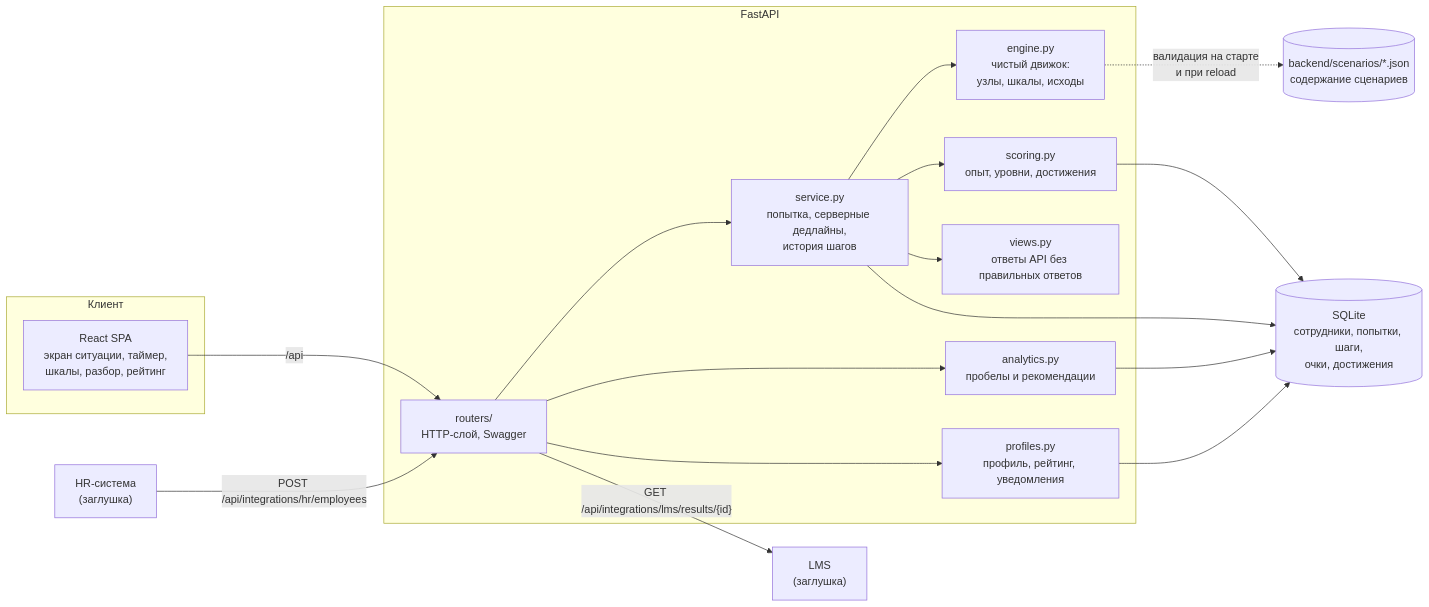
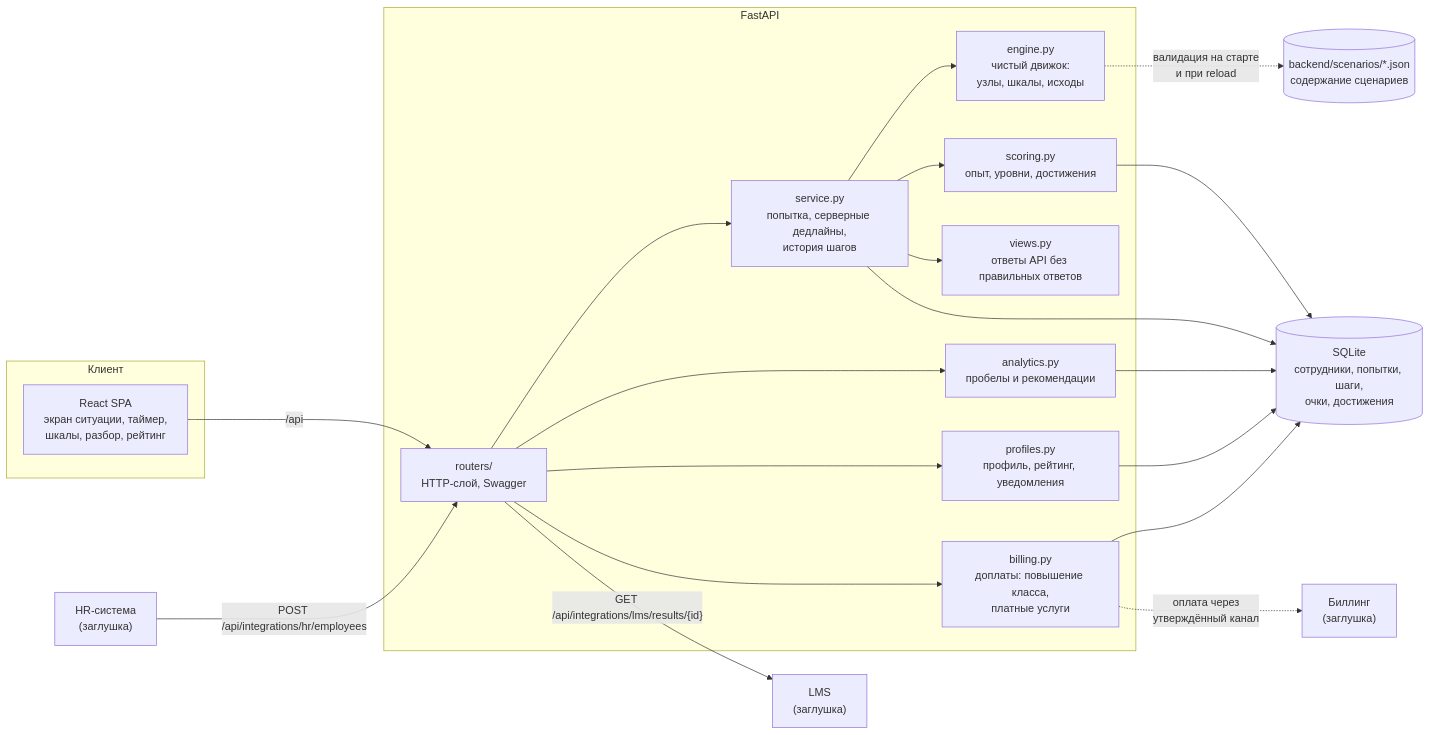
The first of 5 diagrams in docs/ARCHITECTURE.md (KolyaKotlin/vsm), drawn with Mermaid before and after one commit. The commit also changed other lines of this file and 8 other files, not shown here.

````diff
--- a/docs/ARCHITECTURE.md
+++ b/docs/ARCHITECTURE.md
@@ -5,36 +5,41 @@
 ```mermaid
 flowchart LR
     subgraph Клиент
         UI["React SPA<br/>экран ситуации, таймер,<br/>шкалы, разбор, рейтинг"]
     end
 
     subgraph Сервис["FastAPI"]
         R["routers/<br/>HTTP-слой, Swagger"]
         S["service.py<br/>попытка, серверные дедлайны,<br/>история шагов"]
         E["engine.py<br/>чистый движок:<br/>узлы, шкалы, исходы"]
         SC["scoring.py<br/>опыт, уровни, достижения"]
         AN["analytics.py<br/>пробелы и рекомендации"]
         P["profiles.py<br/>профиль, рейтинг, уведомления"]
+        B["billing.py<br/>доплаты: повышение класса,<br/>платные услуги"]
         V["views.py<br/>ответы API без правильных ответов"]
     end
 
     JSON[("backend/scenarios/*.json<br/>содержание сценариев")]
     DB[("SQLite<br/>сотрудники, попытки, шаги,<br/>очки, достижения")]
     HR["HR-система<br/>(заглушка)"]
     LMS["LMS<br/>(заглушка)"]
+    PAY["Биллинг<br/>(заглушка)"]
 
     UI -->|"/api"| R
     R --> S
     R --> AN
     R --> P
+    R --> B
     S --> E
     S --> SC
     S --> V
     E -.->|"валидация на старте<br/>и при reload"| JSON
     S --> DB
     SC --> DB
     AN --> DB
     P --> DB
+    B --> DB
     HR -->|"POST /api/integrations/hr/employees"| R
     R -->|"GET /api/integrations/lms/results/{id}"| LMS
+    B -.->|"оплата через<br/>утверждённый канал"| PAY
 ```
````
